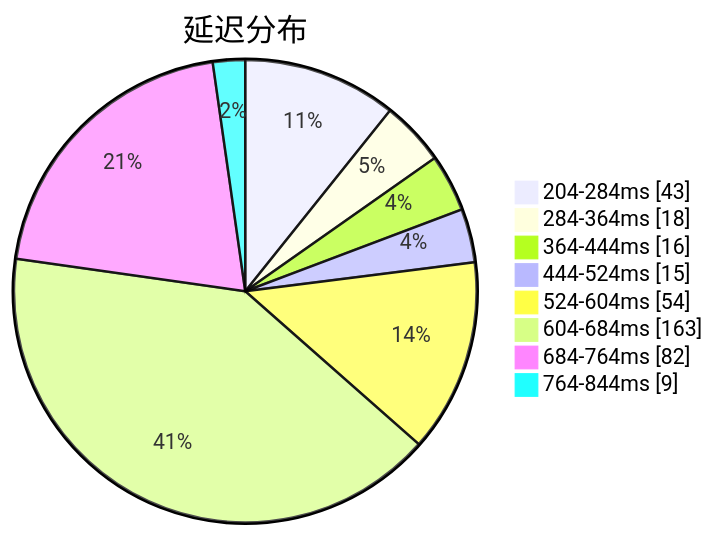
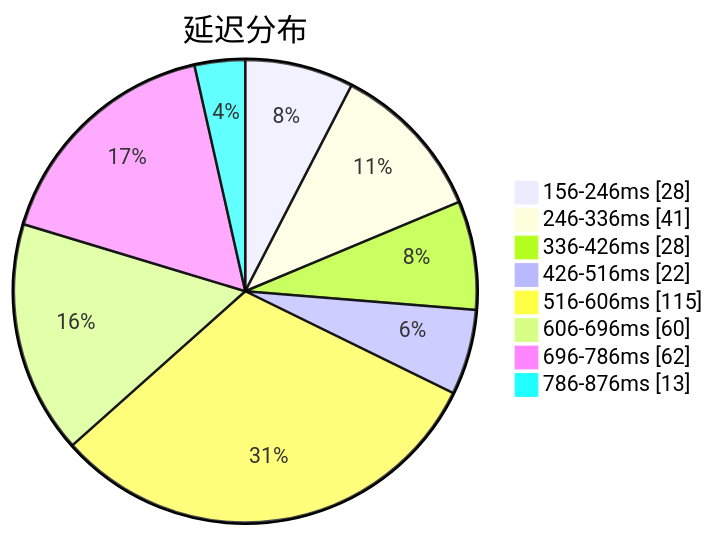
One commit to qjlxg/airport changed the first of 3 diagrams in subs/statistics/tested_within.md. Above: the diagram before and after it, drawn with Mermaid. The commit also changed other lines of this file and 2 other files, not shown here.

Commit message:
Tested by metaST

````diff
--- a/subs/statistics/tested_within.md
+++ b/subs/statistics/tested_within.md
@@ -2,12 +2,12 @@
 ```mermaid
 pie showData
 title 延迟分布
-"204-284ms" : 43
-"284-364ms" : 18
-"364-444ms" : 16
-"444-524ms" : 15
-"524-604ms" : 54
-"604-684ms" : 163
-"684-764ms" : 82
-"764-844ms" : 9
+"156-246ms" : 28
+"246-336ms" : 41
+"336-426ms" : 28
+"426-516ms" : 22
+"516-606ms" : 115
+"606-696ms" : 60
+"696-786ms" : 62
+"786-876ms" : 13
 ```
````
